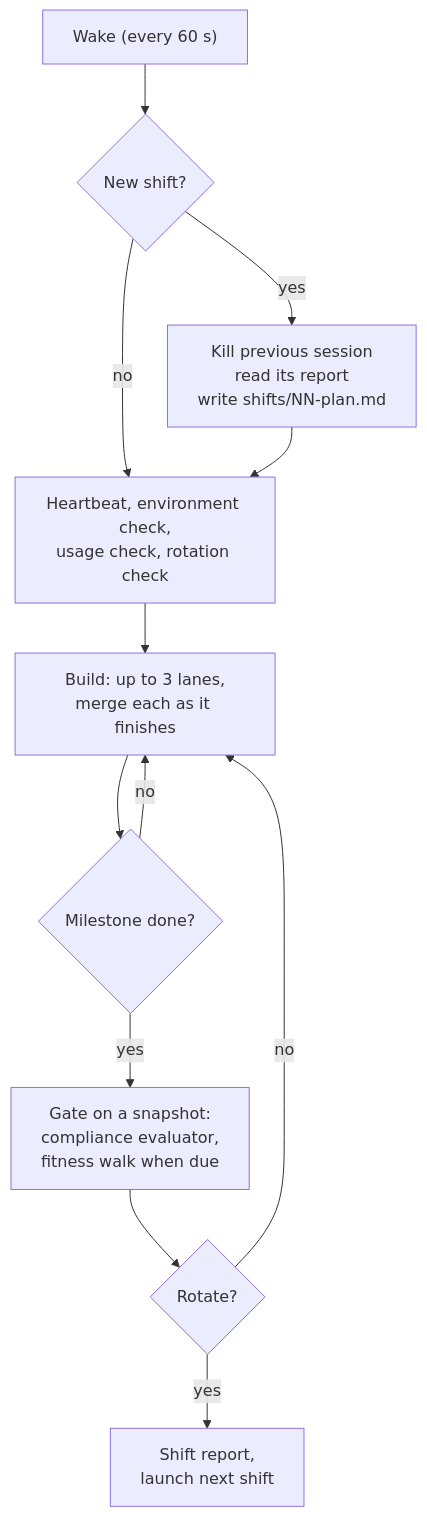
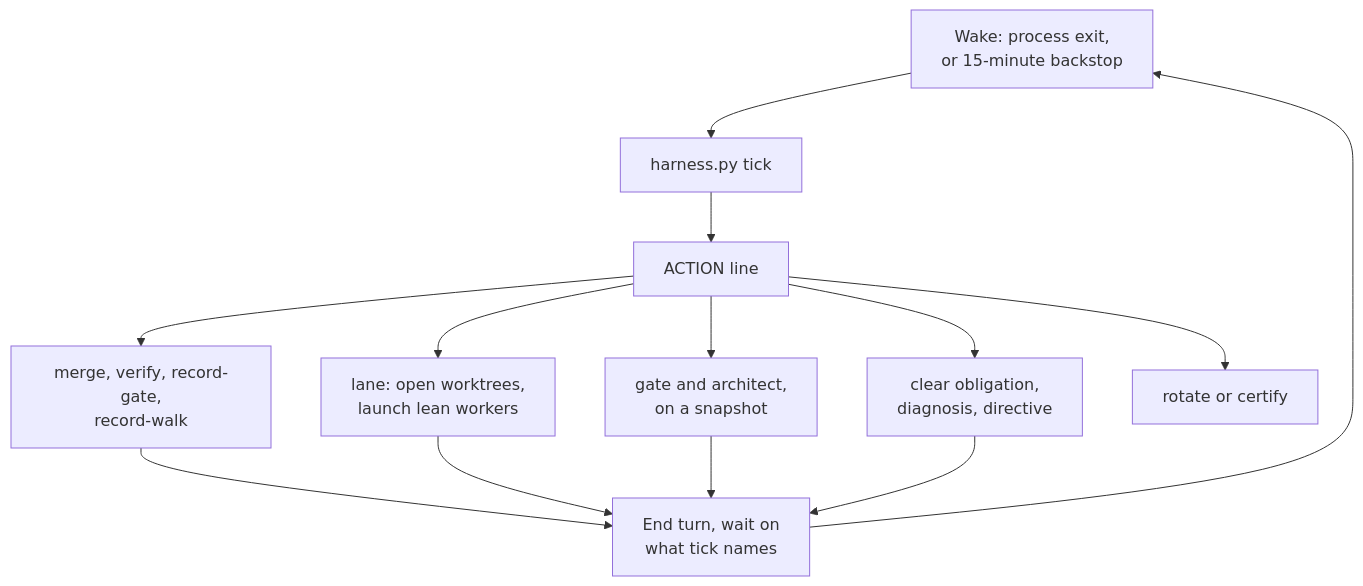
The fourth of 4 diagrams in pvragon/261021-long-run-harness-architecture.md (Pvragon/presentations), drawn with Mermaid before and after one commit. The commit also changed other lines of this file and 1 other file, not shown here.

First line of the commit message:
docs(pvragon): long-run architecture page v0.5.0, v0.3 and original-sketch comparison

````diff
--- a/pvragon/261021-long-run-harness-architecture.md
+++ b/pvragon/261021-long-run-harness-architecture.md
@@ -129,14 +227,15 @@
 ```mermaid
 flowchart TD
-    W["Wake (every 60 s)"] --> S{"New shift?"}
-    S -->|yes| A["Kill previous session<br/>read its report<br/>write shifts/NN-plan.md"]
-    S -->|no| H
-    A --> H["Heartbeat, environment check,<br/>usage check, rotation check"]
-    H --> I["Build: up to 3 lanes,<br/>merge each as it finishes"]
-    I --> G{"Milestone done?"}
-    G -->|no| I
-    G -->|yes| C["Gate on a snapshot:<br/>compliance evaluator,<br/>fitness walk when due"]
-    C --> R{"Rotate?"}
-    R -->|no| I
-    R -->|yes| E["Shift report,<br/>launch next shift"]
+    W["Wake: process exit,<br/>or 15-minute backstop"] --> T["harness.py tick"]
+    T --> A["ACTION line"]
+    A --> M["merge, verify, record-gate,<br/>record-walk"]
+    A --> L["lane: open worktrees,<br/>launch lean workers"]
+    A --> G["gate and architect,<br/>on a snapshot"]
+    A --> O["clear obligation,<br/>diagnosis, directive"]
+    A --> R["rotate or certify"]
+    M --> X["End turn, wait on<br/>what tick names"]
+    L --> X
+    G --> X
+    O --> X
+    X --> W
 ```
````
